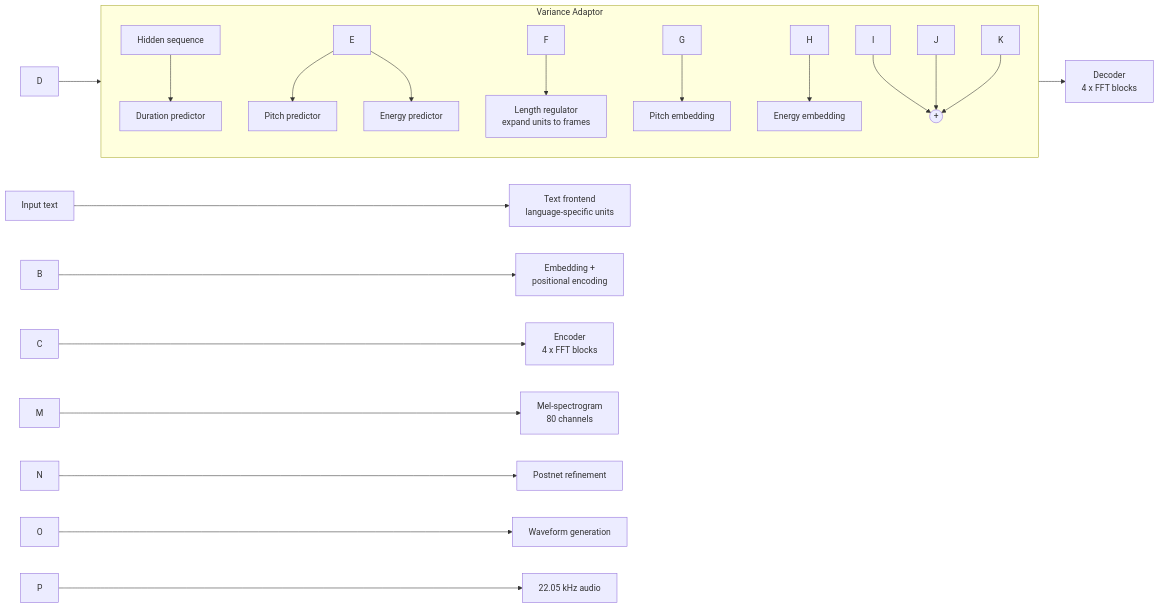
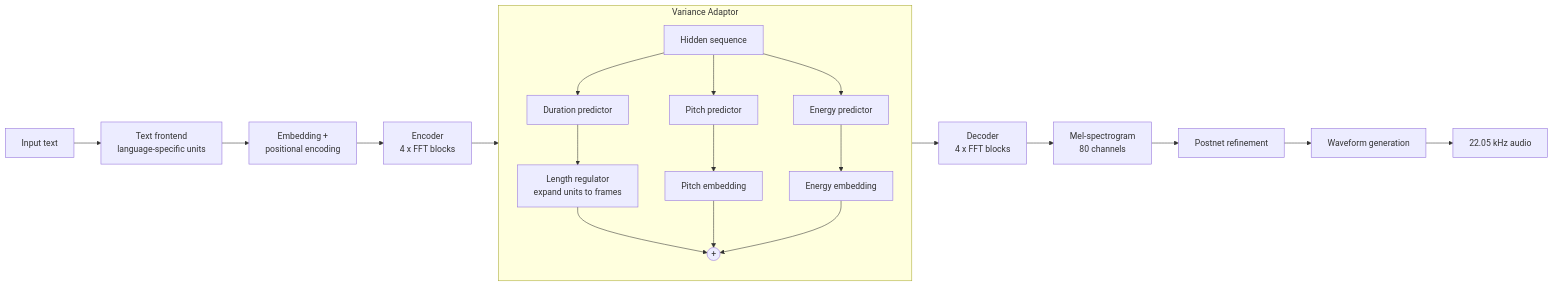
One commit to aliasyeda/IIITH-FastSpeech2 changed the first of 2 diagrams in README.md. Above: the diagram before and after it, drawn with Mermaid. The commit also changed other lines of this file, not shown here.

````diff
--- a/README.md
+++ b/README.md
@@ -133,26 +82,26 @@
 ```mermaid
 flowchart LR
-    A\["Input text"] --> B\["Text frontend<br/>language-specific units"]
-    B --> C\["Embedding +<br/>positional encoding"]
-    C --> D\["Encoder<br/>4 x FFT blocks"]
+    A["Input text"] --> B["Text frontend<br/>language-specific units"]
+    B --> C["Embedding +<br/>positional encoding"]
+    C --> D["Encoder<br/>4 x FFT blocks"]
     D --> E
 
-    subgraph VA\["Variance Adaptor"]
+    subgraph VA["Variance Adaptor"]
         direction TB
-        E\["Hidden sequence"] --> F\["Duration predictor"]
-        E --> G\["Pitch predictor"]
-        E --> H\["Energy predictor"]
-        F --> I\["Length regulator<br/>expand units to frames"]
-        G --> J\["Pitch embedding"]
-        H --> K\["Energy embedding"]
+        E["Hidden sequence"] --> F["Duration predictor"]
+        E --> G["Pitch predictor"]
+        E --> H["Energy predictor"]
+        F --> I["Length regulator<br/>expand units to frames"]
+        G --> J["Pitch embedding"]
+        H --> K["Energy embedding"]
         I --> L(("+"))
         J --> L
         K --> L
     end
 
-    L --> M\["Decoder<br/>4 x FFT blocks"]
-    M --> N\["Mel-spectrogram<br/>80 channels"]
-    N --> O\["Postnet refinement"]
-    O --> P\["Waveform generation"]
-    P --> Q\["22.05 kHz audio"]
+    L --> M["Decoder<br/>4 x FFT blocks"]
+    M --> N["Mel-spectrogram<br/>80 channels"]
+    N --> O["Postnet refinement"]
+    O --> P["Waveform generation"]
+    P --> Q["22.05 kHz audio"]
 ```
````
